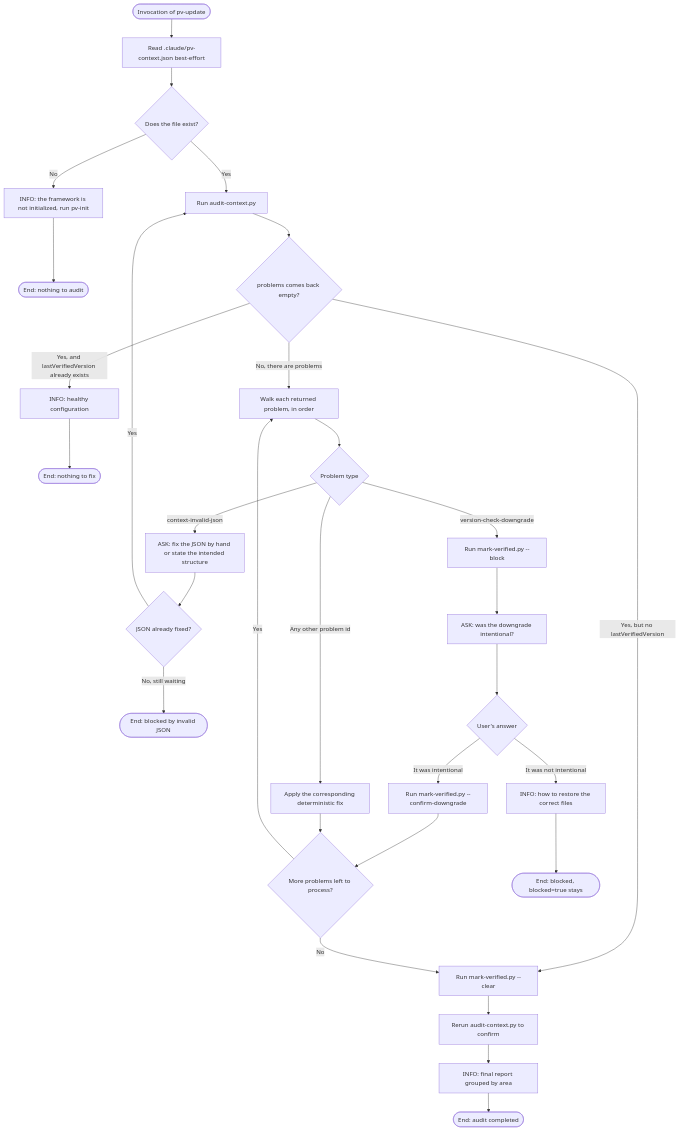
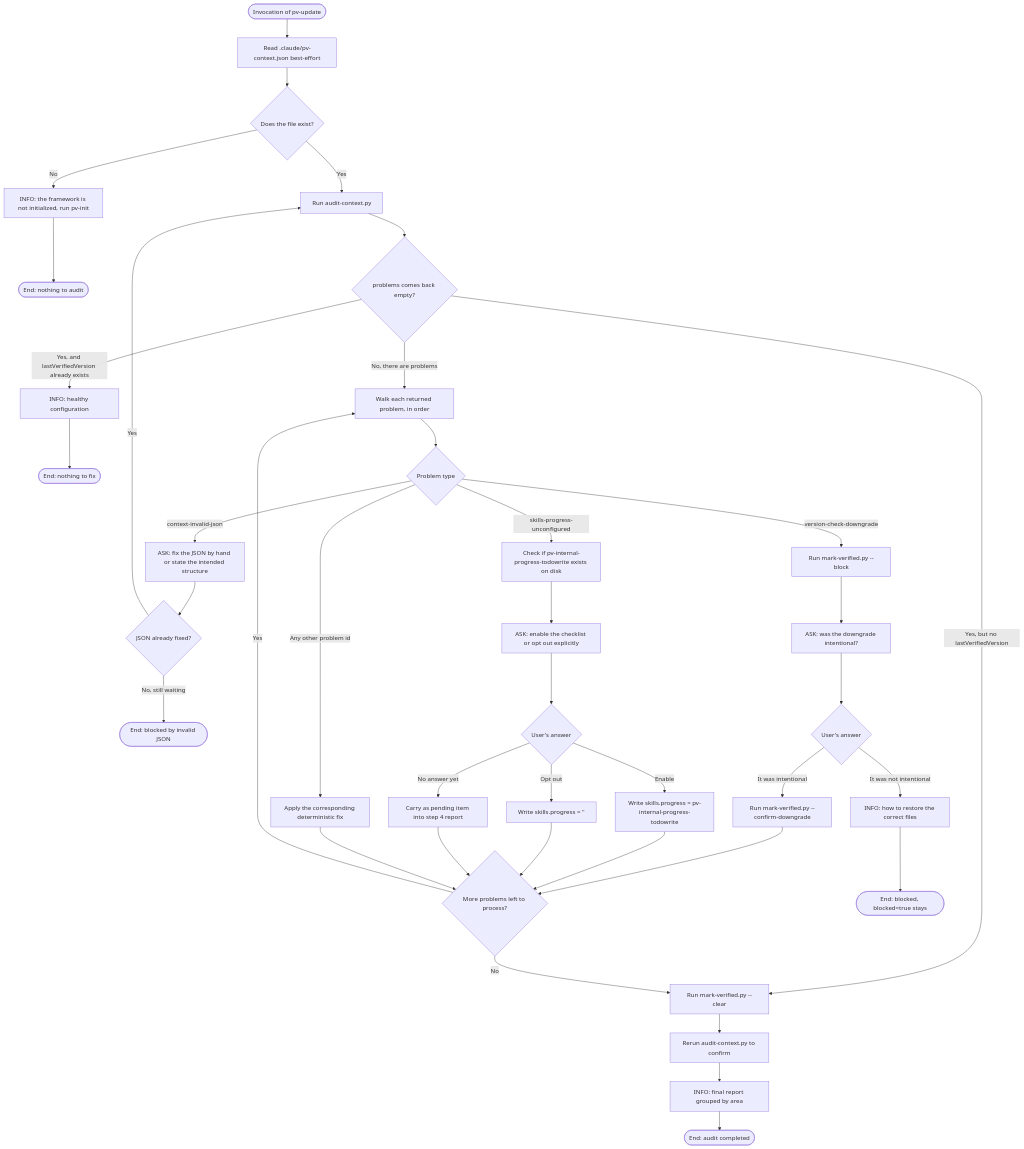
The diagram in .claude/skills/pv-update/workflow.audit.md (yeyopepe/previo-sdd), drawn with Mermaid before and after one commit. The commit also changed 28 other files, not shown here.

Commit message:
Fixed: update skills.progress node during pv-init and pv-update Added: version 0.9.8b2

````diff
--- a/.claude/skills/pv-update/workflow.audit.md
+++ b/.claude/skills/pv-update/workflow.audit.md
@@ -1,39 +1,49 @@
 ```mermaid
 flowchart TD
     Start([Invocation of pv-update])
 
     Start --> S1Read[Read .claude/pv-context.json best-effort]
     S1Read --> S1Exists{Does the file exist?}
     S1Exists -->|No| S1Info[INFO: the framework is not initialized, run pv-init]
     S1Info --> End1([End: nothing to audit])
     S1Exists -->|Yes| S2Run
 
     S2Run[Run audit-context.py] --> S2Empty{problems comes back empty?}
     S2Empty -->|Yes, and lastVerifiedVersion already exists| S2Healthy[INFO: healthy configuration]
     S2Healthy --> End2([End: nothing to fix])
     S2Empty -->|Yes, but no lastVerifiedVersion| S35Run
     S2Empty -->|No, there are problems| S3Loop
 
     S3Loop[Walk each returned problem, in order] --> S3Kind{Problem type}
     S3Kind -->|context-invalid-json| S3Invalid[ASK: fix the JSON by hand or state the intended structure]
     S3Invalid --> S3InvalidDec{JSON already fixed?}
     S3InvalidDec -->|Yes| S2Run
     S3InvalidDec -->|No, still waiting| End3Blocked([End: blocked by invalid JSON])
 
     S3Kind -->|version-check-downgrade| S3Downgrade[Run mark-verified.py --block]
     S3Downgrade --> S3DowngradeAsk[ASK: was the downgrade intentional?]
     S3DowngradeAsk --> S3DowngradeDec{User's answer}
     S3DowngradeDec -->|It was intentional| S3DowngradeConfirm[Run mark-verified.py --confirm-downgrade]
     S3DowngradeConfirm --> S3Next
     S3DowngradeDec -->|It was not intentional| S3DowngradeGuide[INFO: how to restore the correct files]
     S3DowngradeGuide --> End3Blocked2([End: blocked, blocked=true stays])
 
+    S3Kind -->|skills-progress-unconfigured| S3Progress[Check if pv-internal-progress-todowrite exists on disk]
+    S3Progress --> S3ProgressAsk[ASK: enable the checklist or opt out explicitly]
+    S3ProgressAsk --> S3ProgressDec{User's answer}
+    S3ProgressDec -->|Enable| S3ProgressEnable[Write skills.progress = pv-internal-progress-todowrite]
+    S3ProgressEnable --> S3Next
+    S3ProgressDec -->|Opt out| S3ProgressOptOut[Write skills.progress = '']
+    S3ProgressOptOut --> S3Next
+    S3ProgressDec -->|No answer yet| S3ProgressPending[Carry as pending item into step 4 report]
+    S3ProgressPending --> S3Next
+
     S3Kind -->|Any other problem id| S3Fix[Apply the corresponding deterministic fix]
     S3Fix --> S3Next{More problems left to process?}
     S3Next -->|Yes| S3Loop
     S3Next -->|No| S35Run
 
     S35Run[Run mark-verified.py --clear] --> S4Rerun[Rerun audit-context.py to confirm]
     S4Rerun --> S4Report[INFO: final report grouped by area]
     S4Report --> EndOK([End: audit completed])
 ```
````
